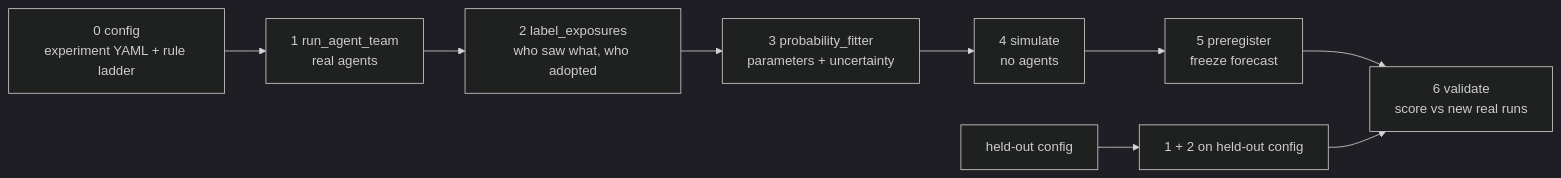
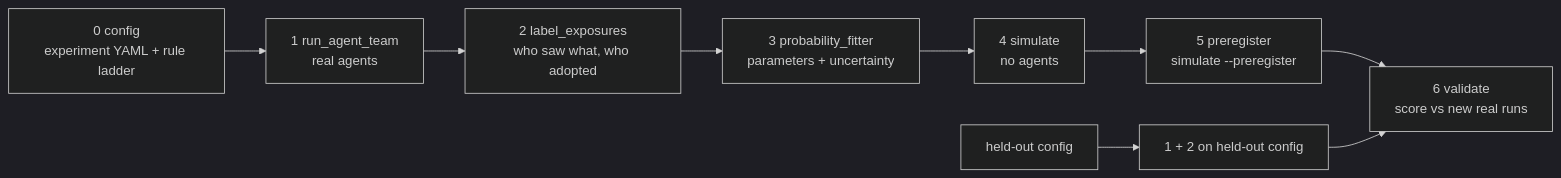
Before and after one commit to TKM6403/agent-team-contagion: the diagram in STAGES.md, drawn with Mermaid (dark theme). The commit also changed other lines of this file and 6 other files, not shown here.

First line of the commit message:
Stages 3-6: fit, simulate (+ preregister), validate; analysis config

````diff
--- a/STAGES.md
+++ b/STAGES.md
@@ -31,10 +31,10 @@
 ```mermaid
 flowchart LR
     C[0 config<br/>experiment YAML + rule ladder] --> R[1 run_agent_team<br/>real agents]
     R --> L[2 label_exposures<br/>who saw what, who adopted]
     L --> F[3 probability_fitter<br/>parameters + uncertainty]
     F --> S[4 simulate<br/>no agents]
-    S --> P[5 preregister<br/>freeze forecast]
+    S --> P[5 preregister<br/>simulate --preregister]
     P --> V[6 validate<br/>score vs new real runs]
     C2[held-out config] --> R2[1 + 2 on held-out config] --> V
 ```
````
